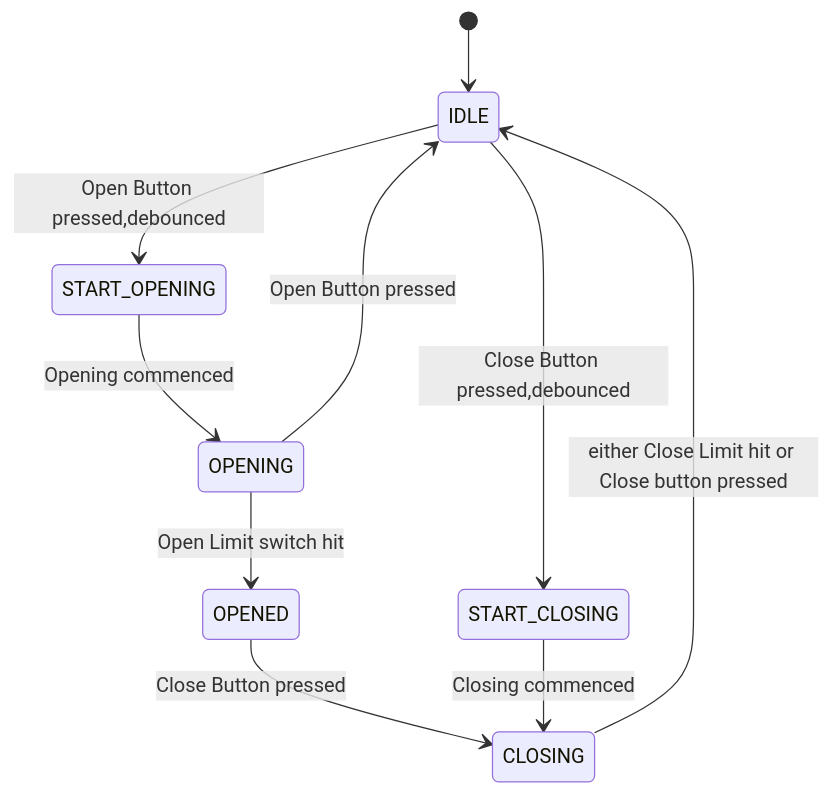
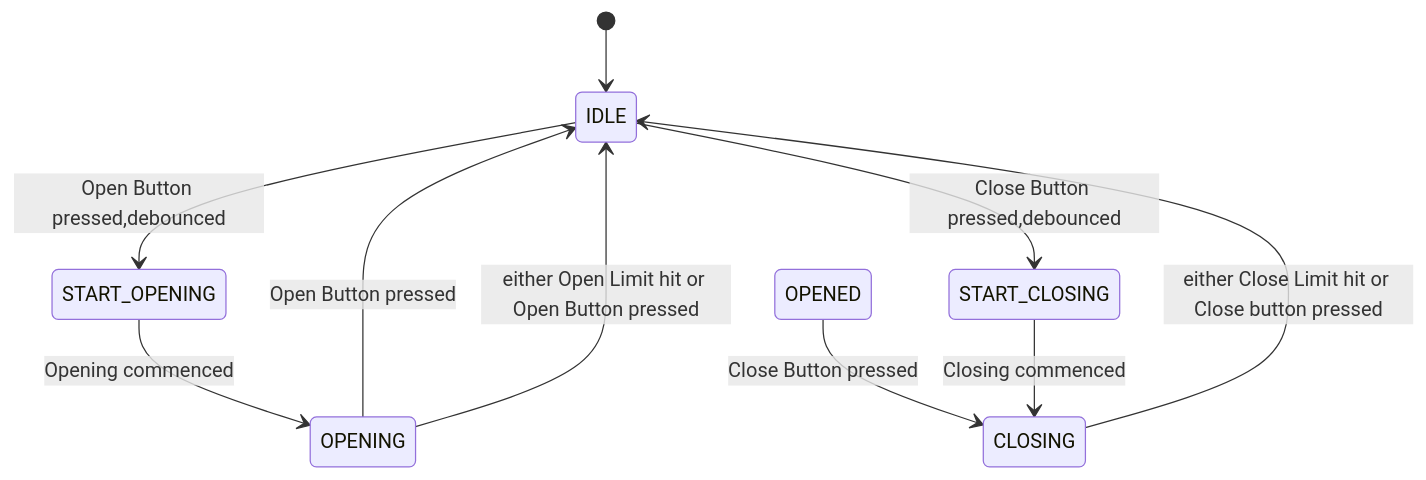
One commit to microcontrollersig/workshop changed the diagram in john/README.md. Above: the diagram before and after it, drawn with Mermaid.

````diff
--- a/john/README.md
+++ b/john/README.md
@@ -6,15 +6,15 @@
 ```mermaid
 stateDiagram-v2
     direction TB
     [*] --> IDLE
     IDLE --> START_OPENING: Open Button pressed,debounced
     IDLE --> START_CLOSING: Close Button pressed,debounced
     OPENING --> IDLE: Open Button pressed
     CLOSING --> IDLE: either Close Limit hit or Close button pressed
-    OPENING --> OPENED : Open Limit switch hit
+    OPENING --> IDLE: either Open Limit hit or Open Button pressed
     OPENED --> CLOSING: Close Button pressed
 START_OPENING --> OPENING: Opening commenced
     
       START_CLOSING --> CLOSING: Closing commenced
   
 ```
````
